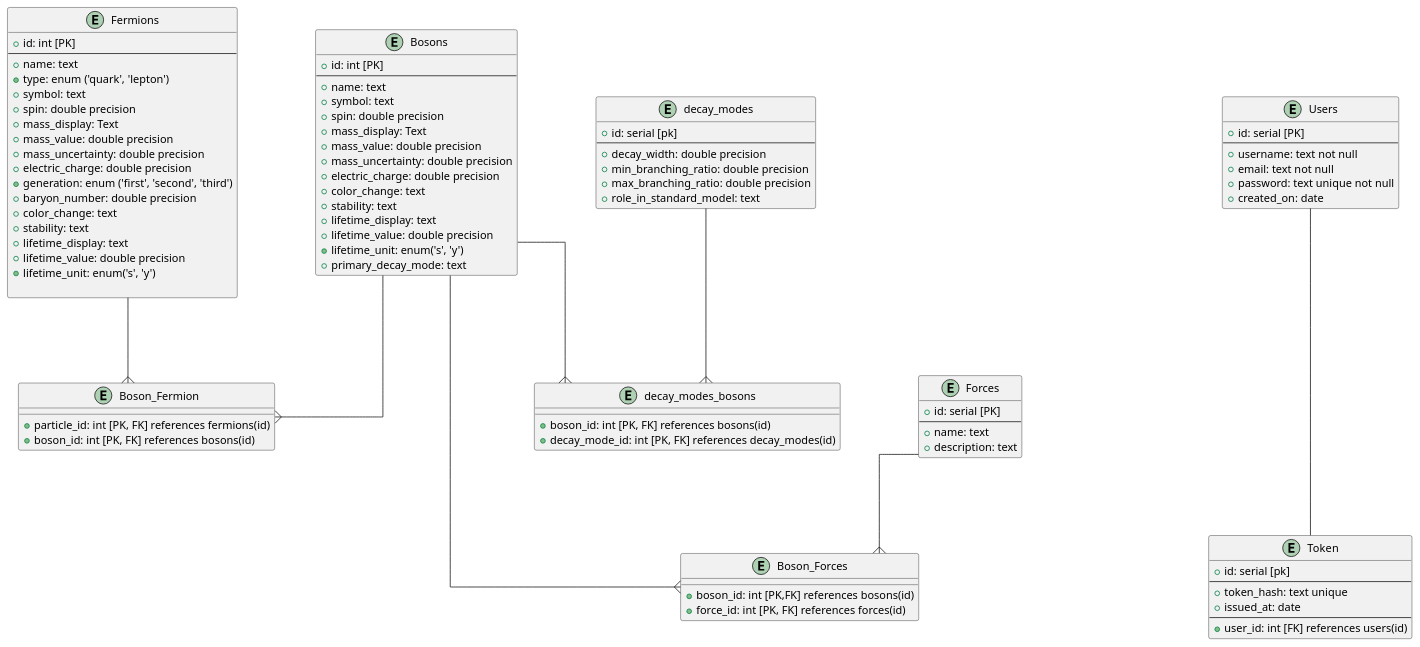
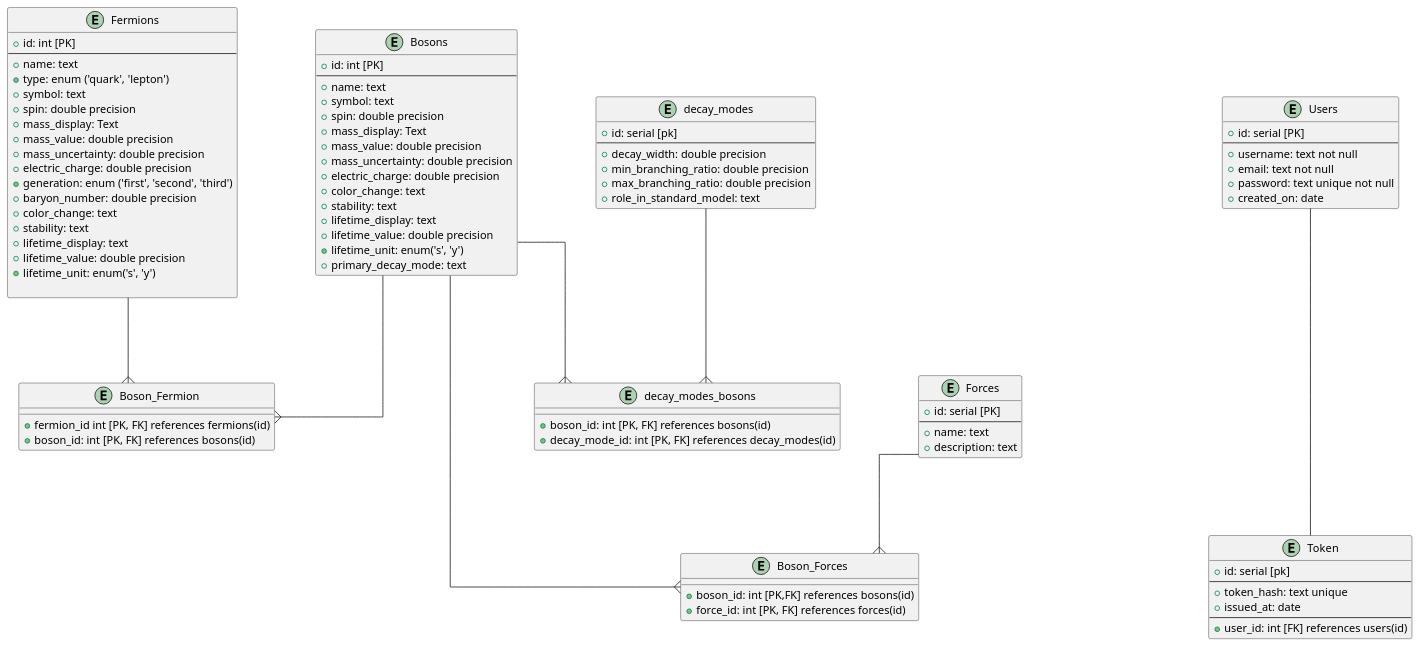
Before and after one commit to therakius/particles-api: the diagram in particles-erd.puml, drawn with PlantUML.

Commit message:
fix: typo in particles - changed name from particles to fermions

```diff
--- a/particles-erd.puml
+++ b/particles-erd.puml
@@ -1,113 +1,113 @@
 @startuml particles_database
 skinparam {
     Nodesep 100
     Ranksep 100
     Linetype ortho
 }
 
 skinparam entity {
     BackgroundColor LightBlue
     FontSize 14
     ArrowThickness 1
 }
 
 entity "Fermions" as fermions {
     +id: int [PK]
     --
     +name: text
     +type: enum ('quark', 'lepton')
     +symbol: text
     +spin: double precision
     +mass_display: Text
     +mass_value: double precision
     +mass_uncertainty: double precision
     +electric_charge: double precision
     +generation: enum ('first', 'second', 'third')
     +baryon_number: double precision
     +color_change: text
     +stability: text
     +lifetime_display: text
     +lifetime_value: double precision
     +lifetime_unit: enum('s', 'y')
 
 }
 
 entity "Bosons" as bosons {
     +id: int [PK]
     --
     +name: text
     +symbol: text
     +spin: double precision
     +mass_display: Text
     +mass_value: double precision
     +mass_uncertainty: double precision
     +electric_charge: double precision
     +color_change: text
     +stability: text
     +lifetime_display: text
     +lifetime_value: double precision
     +lifetime_unit: enum('s', 'y')
     +primary_decay_mode: text
 }
 
 entity "Forces" as forces {
     +id: serial [PK]
     --
     +name: text
     +description: text
 }
 
 entity decay_modes {
     +id: serial [pk]
     --
     +decay_width: double precision
     +min_branching_ratio: double precision
     +max_branching_ratio: double precision
     +role_in_standard_model: text 
 }
 
 entity decay_modes_bosons {
     +boson_id: int [PK, FK] references bosons(id)
     +decay_mode_id: int [PK, FK] references decay_modes(id)
 }
 
 
 entity "Boson_Forces" as boson_forces {
     +boson_id: int [PK,FK] references bosons(id)
     +force_id: int [PK, FK] references forces(id)
 }
 
 entity "Boson_Fermion" as boson_fermion_interaction{
-    +particle_id: int [PK, FK] references fermions(id)
+    +fermion_id int [PK, FK] references fermions(id)
     +boson_id: int [PK, FK] references bosons(id)
 }
 
 entity "Users" as users {
     +id: serial [PK]
     --
     +username: text not null
     +email: text not null
     +password: text unique not null
     +created_on: date
 }
 
 entity "Token" as tokens {
     +id: serial [pk]
     --
     +token_hash: text unique
     +issued_at: date
     --
     +user_id: int [FK] references users(id)
 }
 
 'relationships'
 
 fermions --{ boson_fermion_interaction
 bosons --{ boson_fermion_interaction
 bosons ---{ boson_forces
 forces --{ boson_forces
 users --- tokens
 decay_modes --{ decay_modes_bosons
 bosons --{ decay_modes_bosons
 
 @enduml
```
